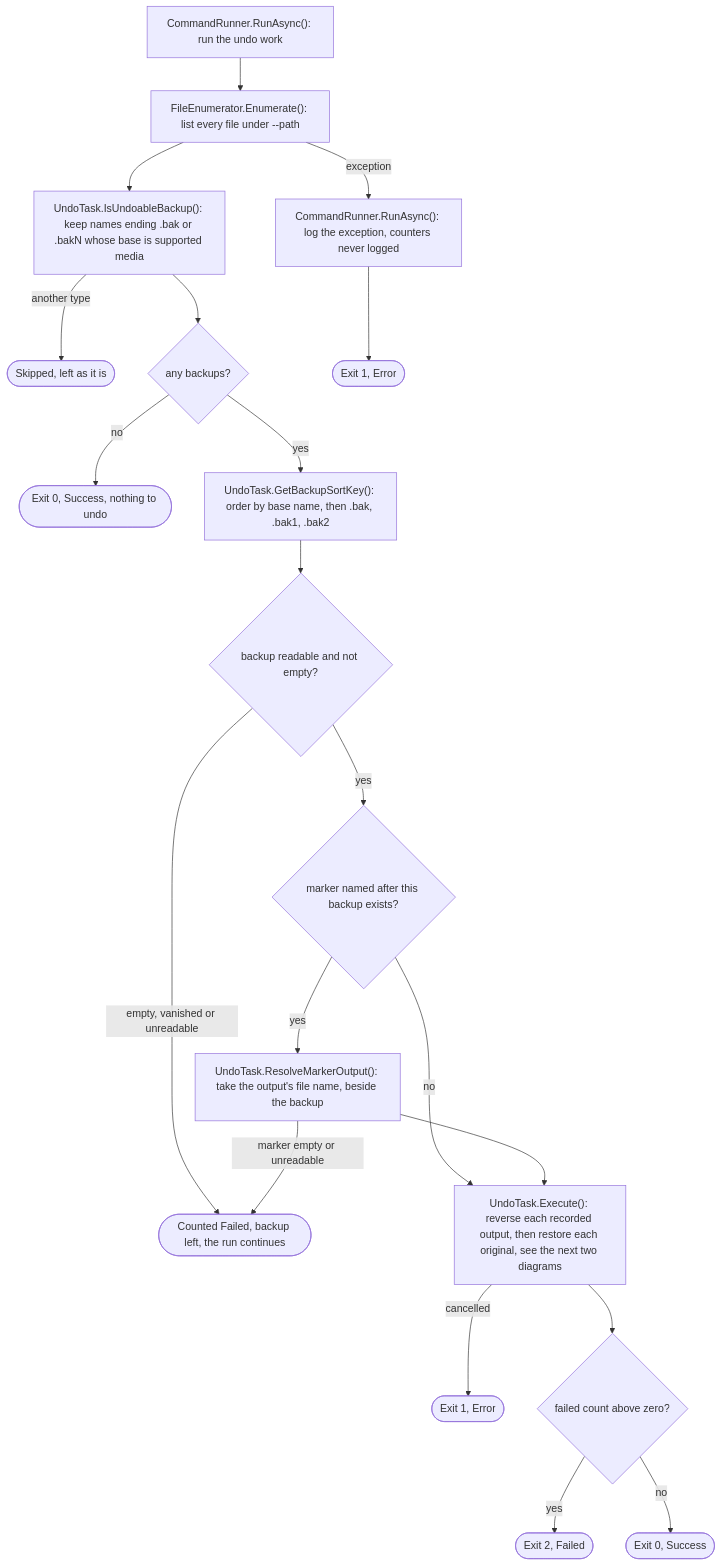
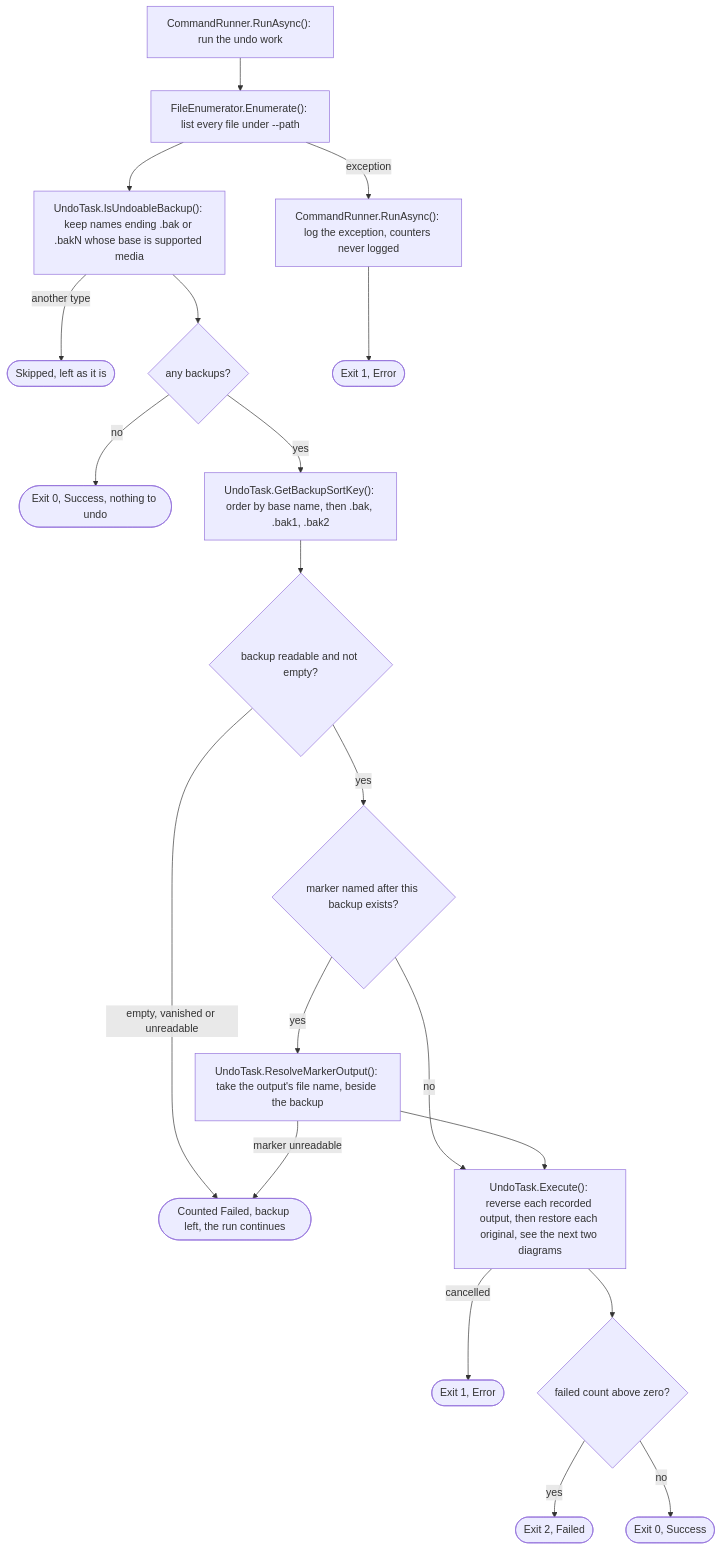
Before and after one commit to ptr727/PhotoCleaner: diagram 19 of 23 in ARCHITECTURE.md, drawn with Mermaid. The commit also changed other lines of this file and 3 other files, not shown here.

First line of the commit message:
Restore the Original Behind an Empty Marker, and Drop IsNumberedBackup

````diff
--- a/ARCHITECTURE.md
+++ b/ARCHITECTURE.md
@@ -985,22 +985,22 @@
 ```mermaid
 flowchart TD
   U1["CommandRunner.RunAsync(): run the undo work"] --> U2["FileEnumerator.Enumerate(): list every file under --path"]
   U2 -->|"exception"| UE
   U2 --> U3["UndoTask.IsUndoableBackup(): keep names ending .bak or .bakN whose base is supported media"]
   U3 -->|"another type"| U4(["Skipped, left as it is"])
   U3 --> U5{"any backups?"}
   U5 -->|"no"| U6(["Exit 0, Success, nothing to undo"])
   U5 -->|"yes"| U7["UndoTask.GetBackupSortKey(): order by base name, then .bak, .bak1, .bak2"]
   U7 --> U8{"backup readable and not empty?"}
   U8 -->|"empty, vanished or unreadable"| U9(["Counted Failed, backup left, the run continues"])
   U8 -->|"yes"| U10{"marker named after this backup exists?"}
   U10 -->|"no"| U13
   U10 -->|"yes"| U11["UndoTask.ResolveMarkerOutput(): take the output's file name, beside the backup"]
-  U11 -->|"marker empty or unreadable"| U9
+  U11 -->|"marker unreadable"| U9
   U11 --> U13["UndoTask.Execute(): reverse each recorded output, then restore each original, see the next two diagrams"]
   U13 -->|"cancelled"| U14(["Exit 1, Error"])
   U13 --> U15{"failed count above zero?"}
   U15 -->|"yes"| U16(["Exit 2, Failed"])
   U15 -->|"no"| U17(["Exit 0, Success"])
   UE["CommandRunner.RunAsync(): log the exception, counters never logged"] --> U18(["Exit 1, Error"])
 ```
````
